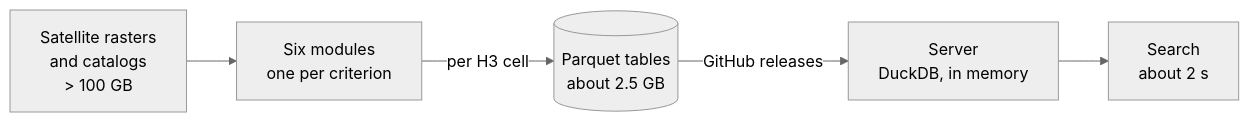
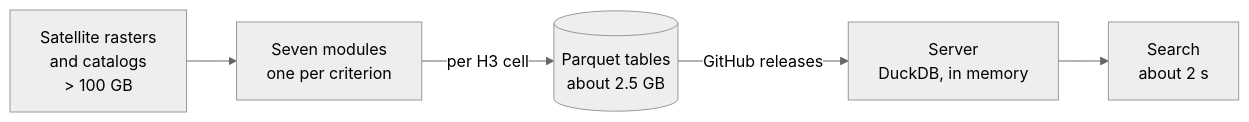
Before and after one commit to roseliz/AstroWrap: the diagram in modules_pretraitement/README.md, drawn with Mermaid (neutral theme). The commit also changed other lines of this file, not shown here.

````diff
--- a/modules_pretraitement/README.md
+++ b/modules_pretraitement/README.md
@@ -14,7 +10,7 @@
 ```mermaid
 flowchart LR
-    src[Satellite rasters<br/>and catalogs<br/>> 100 GB] --> mod[Six modules<br/>one per criterion]
+    src[Satellite rasters<br/>and catalogs<br/>> 100 GB] --> mod[Seven modules<br/>one per criterion]
     mod -->|per H3 cell| pq[(Parquet tables<br/>about 2.5 GB)]
     pq -->|GitHub releases| srv[Server<br/>DuckDB, in memory]
     srv --> ui[Search<br/>about 2 s]
 ```
````
